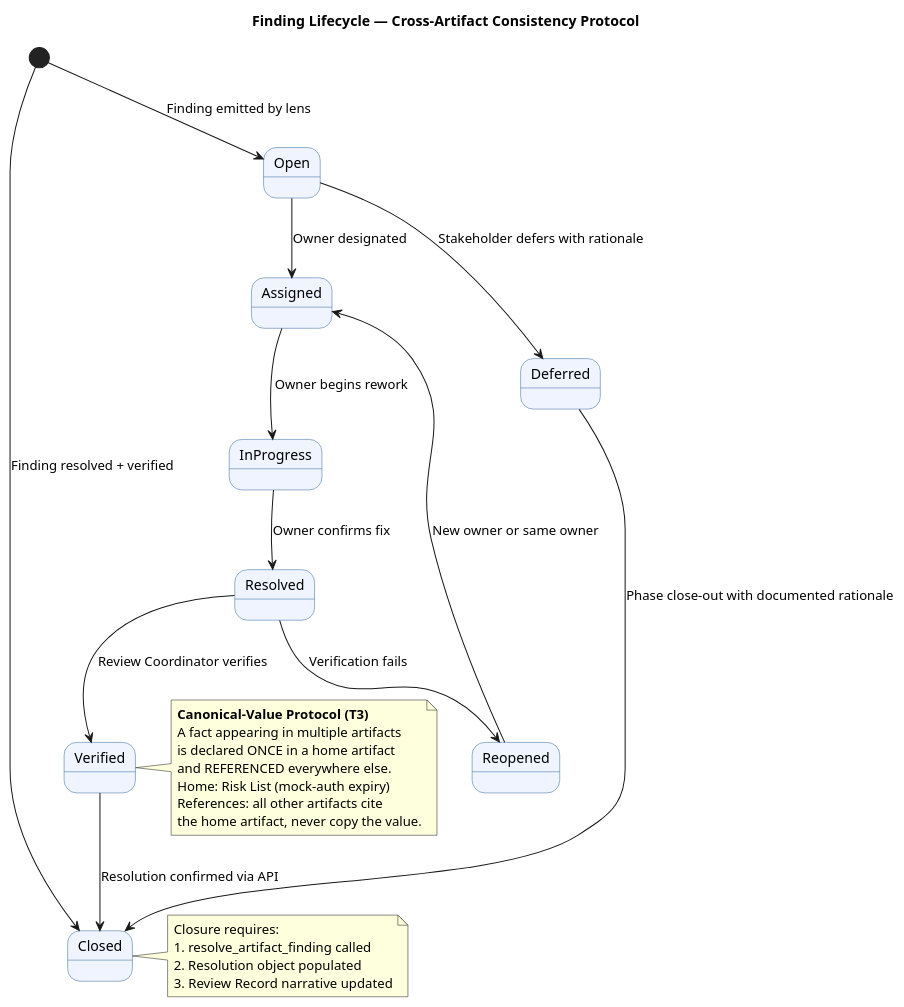
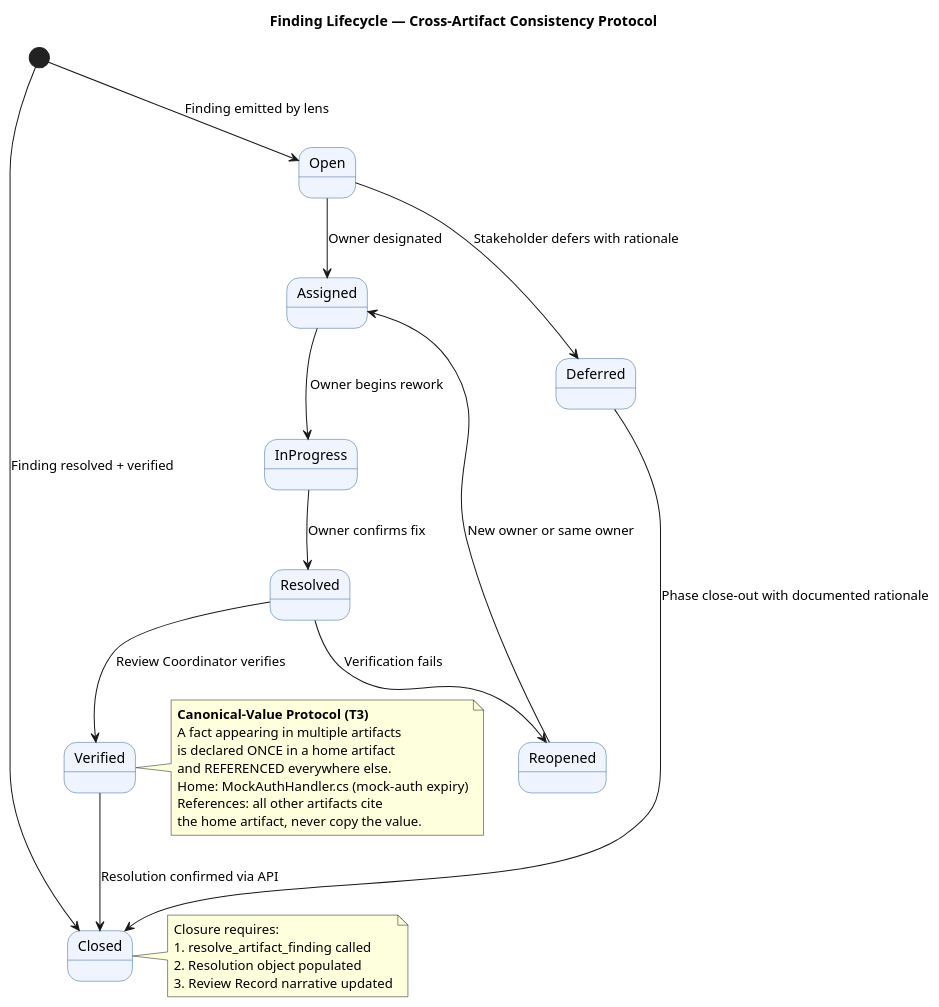
The fifth of 5 diagrams in docs/artifacts/project-management/review-record.md (banense-test/portal-cuba-corp), drawn with PlantUML before and after one commit. The commit also changed other lines of this file, not shown here.

````diff
--- a/docs/artifacts/project-management/review-record.md
+++ b/docs/artifacts/project-management/review-record.md
@@ -484,44 +488,44 @@
 ```plantuml
 @startuml
 title Finding Lifecycle — Cross-Artifact Consistency Protocol
 
 skinparam stateBackgroundColor #F0F4FF
 skinparam stateBorderColor #336699
 skinparam shadowing false
 
 [*] --> Open : Finding emitted by lens
 
 Open --> Assigned : Owner designated
 Assigned --> InProgress : Owner begins rework
 
 InProgress --> Resolved : Owner confirms fix
 Resolved --> Verified : Review Coordinator verifies
 Verified --> Closed : Resolution confirmed via API
 
 Resolved --> Reopened : Verification fails
 Reopened --> Assigned : New owner or same owner
 
 Open --> Deferred : Stakeholder defers with rationale
 Deferred --> Closed : Phase close-out with documented rationale
 
 note right of Verified
   **Canonical-Value Protocol (T3)**
   A fact appearing in multiple artifacts
   is declared ONCE in a home artifact
   and REFERENCED everywhere else.
-  Home: Risk List (mock-auth expiry)
+  Home: MockAuthHandler.cs (mock-auth expiry)
   References: all other artifacts cite
   the home artifact, never copy the value.
 end note
 
 note right of Closed
   Closure requires:
   1. resolve_artifact_finding called
   2. Resolution object populated
   3. Review Record narrative updated
 end note
 
 [*] --> Closed : Finding resolved + verified
 
 @enduml
 ```
````
